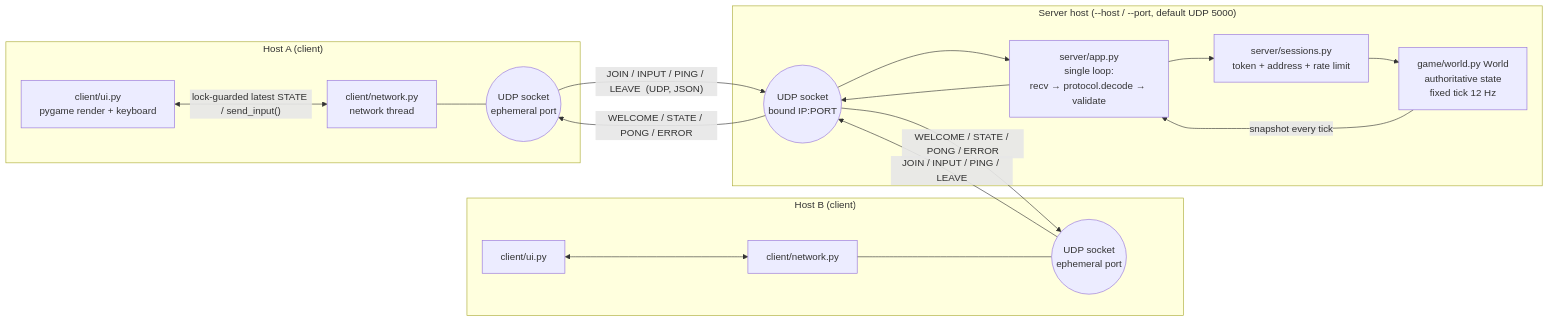
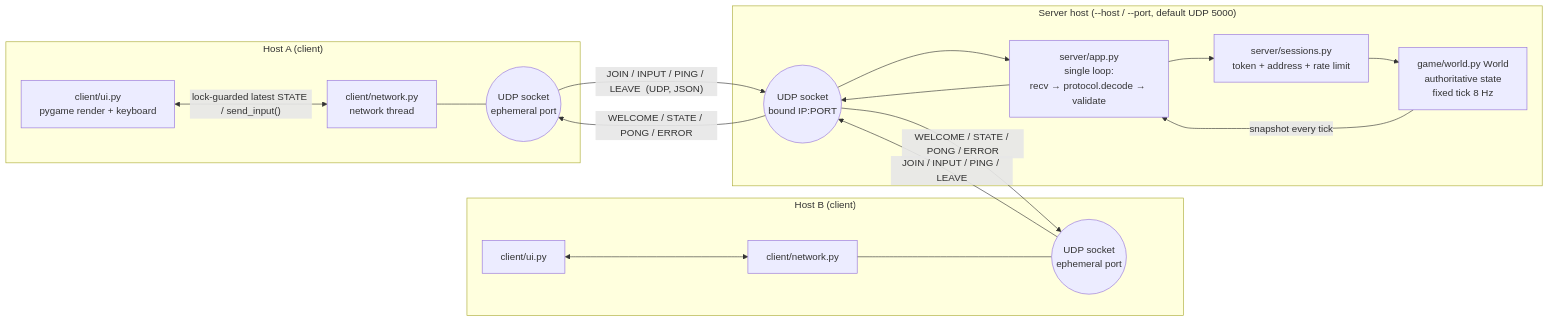
The first of 2 diagrams in docs/ARCHITECTURE.md (Astreus-J/SnakeNet), drawn with Mermaid before and after one commit. The commit also changed other lines of this file and 6 other files, not shown here.

````diff
--- a/docs/ARCHITECTURE.md
+++ b/docs/ARCHITECTURE.md
@@ -3,26 +3,26 @@
 ```mermaid
 flowchart LR
   subgraph PC1["Host A (client)"]
     UI1["client/ui.py<br/>pygame render + keyboard"]
     NET1["client/network.py<br/>network thread"]
     S1(("UDP socket<br/>ephemeral port"))
     UI1 <-->|"lock-guarded latest STATE / send_input()"| NET1
     NET1 --- S1
   end
   subgraph PC2["Host B (client)"]
     UI2["client/ui.py"] <--> NET2["client/network.py"]
     NET2 --- S2(("UDP socket<br/>ephemeral port"))
   end
   subgraph SRV["Server host  (--host / --port, default UDP 5000)"]
     SS(("UDP socket<br/>bound IP:PORT"))
     LOOP["server/app.py<br/>single loop:<br/>recv → protocol.decode → validate"]
     SESS["server/sessions.py<br/>token + address + rate limit"]
-    WORLD["game/world.py World<br/>authoritative state<br/>fixed tick 12 Hz"]
+    WORLD["game/world.py World<br/>authoritative state<br/>fixed tick 8 Hz"]
     SS --> LOOP --> SESS --> WORLD
     WORLD -->|"snapshot every tick"| LOOP --> SS
   end
   S1 -- "JOIN / INPUT / PING / LEAVE  (UDP, JSON)" --> SS
   S2 -- "JOIN / INPUT / PING / LEAVE" --> SS
   SS -- "WELCOME / STATE / PONG / ERROR" --> S1
   SS -- "WELCOME / STATE / PONG / ERROR" --> S2
 ```
````
